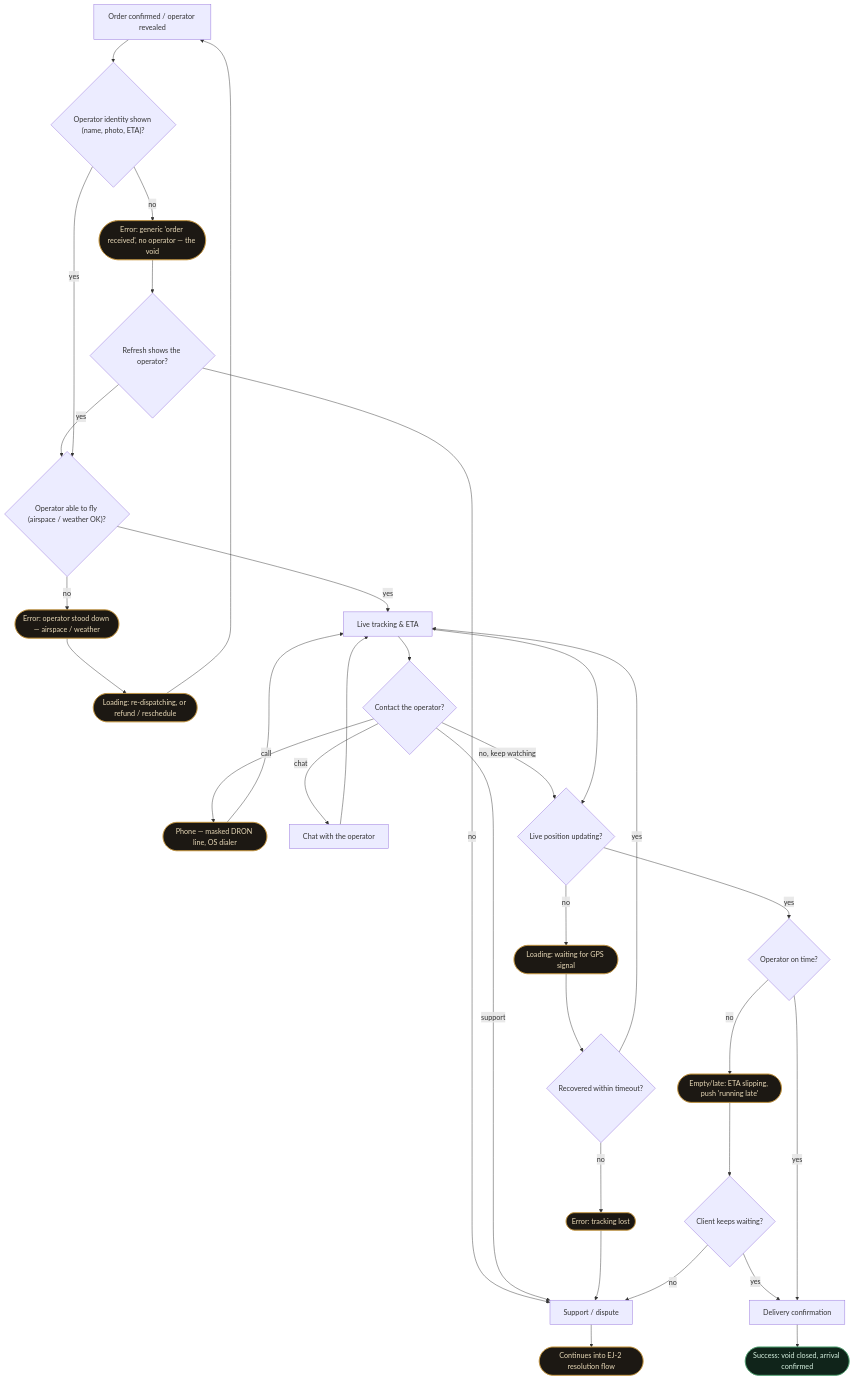
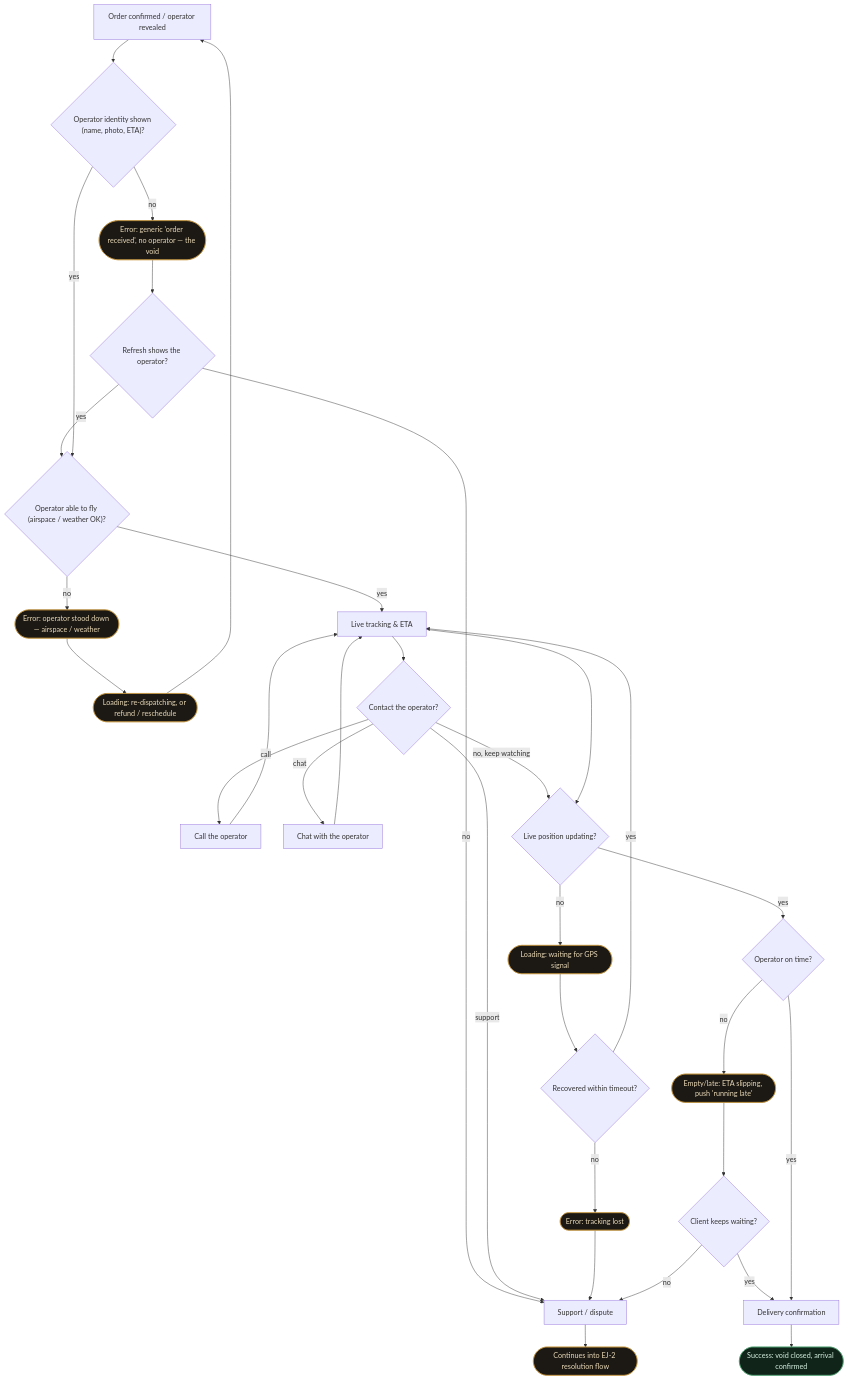
Before and after one commit to OlenkaBozhenko/DRON: the fifth of 13 diagrams in flows.md, drawn with Mermaid. The commit also changed other lines of this file and 13 other files, not shown here.

````diff
--- a/flows.md
+++ b/flows.md
@@ -233,37 +233,37 @@
 ```mermaid
 flowchart TD
   P["Order confirmed / operator revealed"] --> D1{"Operator identity shown (name, photo, ETA)?"}
   D1 -->|no| E1(["Error: generic 'order received', no operator — the void"]):::state
   E1 --> D1b{"Refresh shows the operator?"}
   D1b -->|yes| D1c
   D1b -->|no| GH["Support / dispute"]
   D1 -->|yes| D1c{"Operator able to fly (airspace / weather OK)?"}
   D1c -->|no| AB(["Error: operator stood down — airspace / weather"]):::state
   AB --> RDx(["Loading: re-dispatching, or refund / reschedule"]):::state
   RDx --> P
   D1c -->|yes| T["Live tracking & ETA"]
   T --> DC{"Contact the operator?"}
-  DC -->|call| CALL(["Phone — masked DRON line, OS dialer"]):::state
+  DC -->|call| CALL["Call the operator"]
   DC -->|chat| CH["Chat with the operator"]
   DC -->|support| GH
   DC -->|no, keep watching| D2
   CALL --> T
   CH --> T
   T --> D2{"Live position updating?"}
   D2 -->|no| L1(["Loading: waiting for GPS signal"]):::state
   L1 --> D3{"Recovered within timeout?"}
   D3 -->|no| E2(["Error: tracking lost"]):::state
   E2 --> GH
   D3 -->|yes| T
   D2 -->|yes| D4{"Operator on time?"}
   D4 -->|no| E3(["Empty/late: ETA slipping, push 'running late'"]):::state
   E3 --> D5{"Client keeps waiting?"}
   D5 -->|no| GH
   D5 -->|yes| AR["Delivery confirmation"]
   D4 -->|yes| AR
   AR --> OK(["Success: void closed, arrival confirmed"]):::done
   GH --> X2(["Continues into EJ-2 resolution flow"]):::state
   classDef state fill:#1c1813,stroke:#c4943a,color:#e8d9b8;
   classDef dead fill:#241313,stroke:#e05252,color:#f0d6d6;
   classDef done fill:#10241a,stroke:#4a9e6b,color:#d6f0e0;
 ```
````
